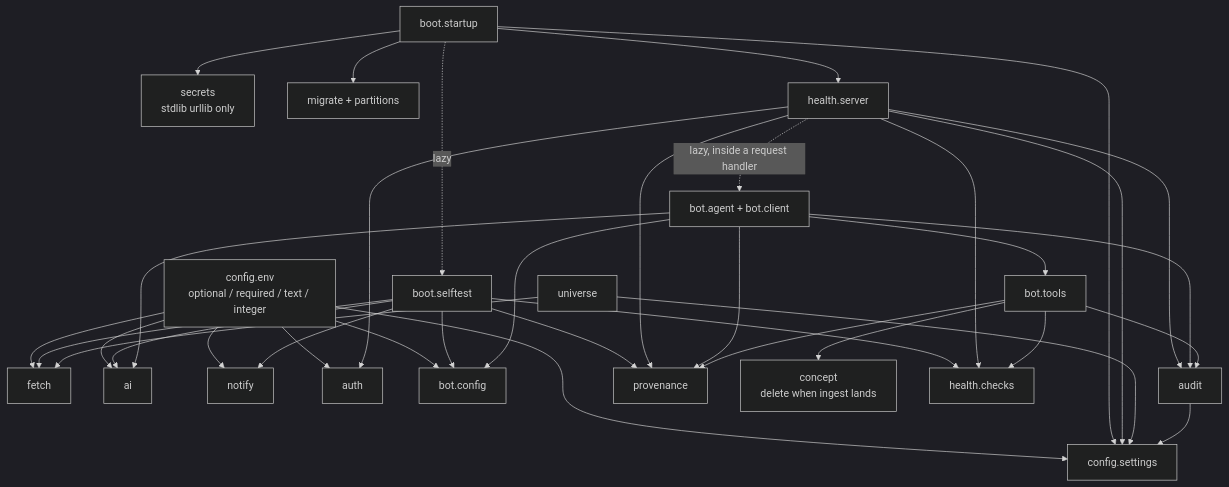
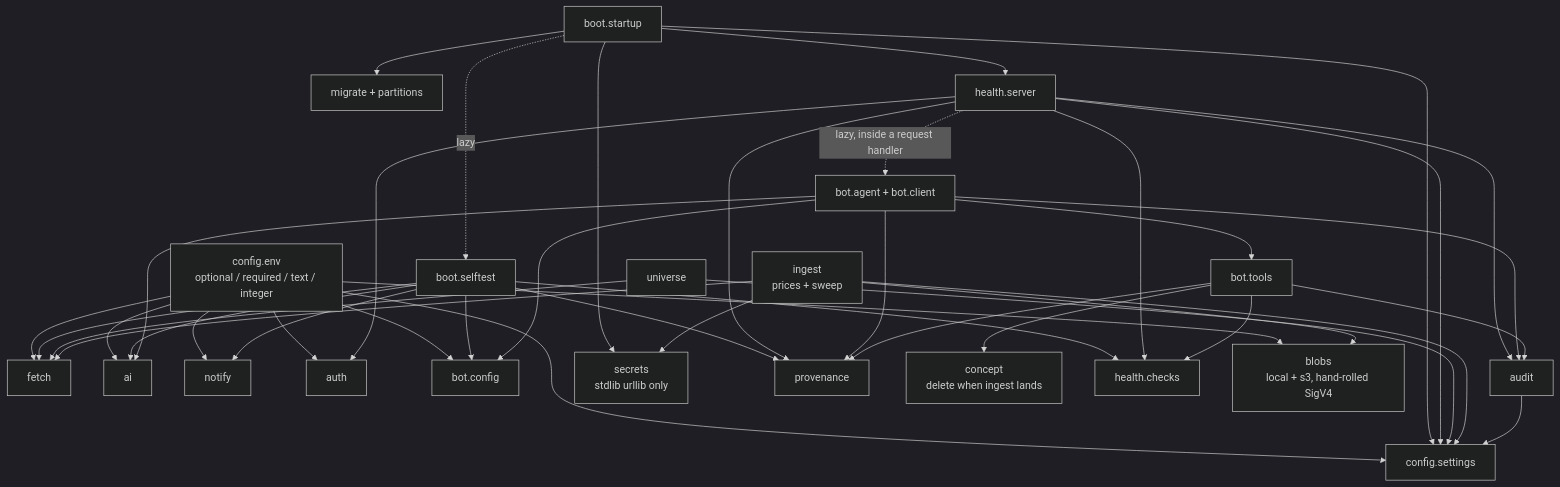
Before and after one commit to D1K03/stock-aggregator: the third of 13 diagrams in docs/architecture.md, drawn with Mermaid (dark theme). The commit also changed other lines of this file and 3 other files, not shown here.

````diff
--- a/docs/architecture.md
+++ b/docs/architecture.md
@@ -156,66 +156,75 @@
 ```mermaid
 flowchart TD
     env["config.env<br/>optional / required / text / integer"]
     settings["config.settings"]
     fetch["fetch"]
     ai["ai"]
     notify["notify"]
     auth["auth"]
     botcfg["bot.config"]
     audit["audit"]
 
     env --> settings
     env --> fetch
     env --> ai
     env --> notify
     env --> auth
     env --> botcfg
 
     secrets["secrets<br/>stdlib urllib only"]
     prov["provenance"]
     concept["concept<br/>delete when ingest lands"]
     migrate["migrate + partitions"]
     checks["health.checks"]
 
     boot["boot.startup"]
     selftest["boot.selftest"]
     health["health.server"]
     bot["bot.agent + bot.client"]
     tools["bot.tools"]
     universe["universe"]
+    blobs["blobs<br/>local + s3, hand-rolled SigV4"]
+    ingest["ingest<br/>prices + sweep"]
 
     boot --> settings
     boot --> secrets
     boot --> migrate
     boot --> health
     boot -.->|lazy| selftest
 
     selftest --> ai
     selftest --> fetch
     selftest --> notify
     selftest --> botcfg
     selftest --> checks
     selftest --> prov
 
     health --> settings
     health --> audit
     health --> auth
     health --> checks
     health --> prov
     health -.->|"lazy, inside a request handler"| bot
 
     bot --> ai
     bot --> audit
     bot --> prov
     bot --> botcfg
     bot --> tools
 
     tools --> concept
     tools --> audit
     tools --> checks
     tools --> prov
 
     universe --> settings
     universe --> fetch
+
+    env --> blobs
+    ingest --> settings
+    ingest --> secrets
+    ingest --> fetch
+    ingest --> blobs
+
     audit --> settings
 ```
````
